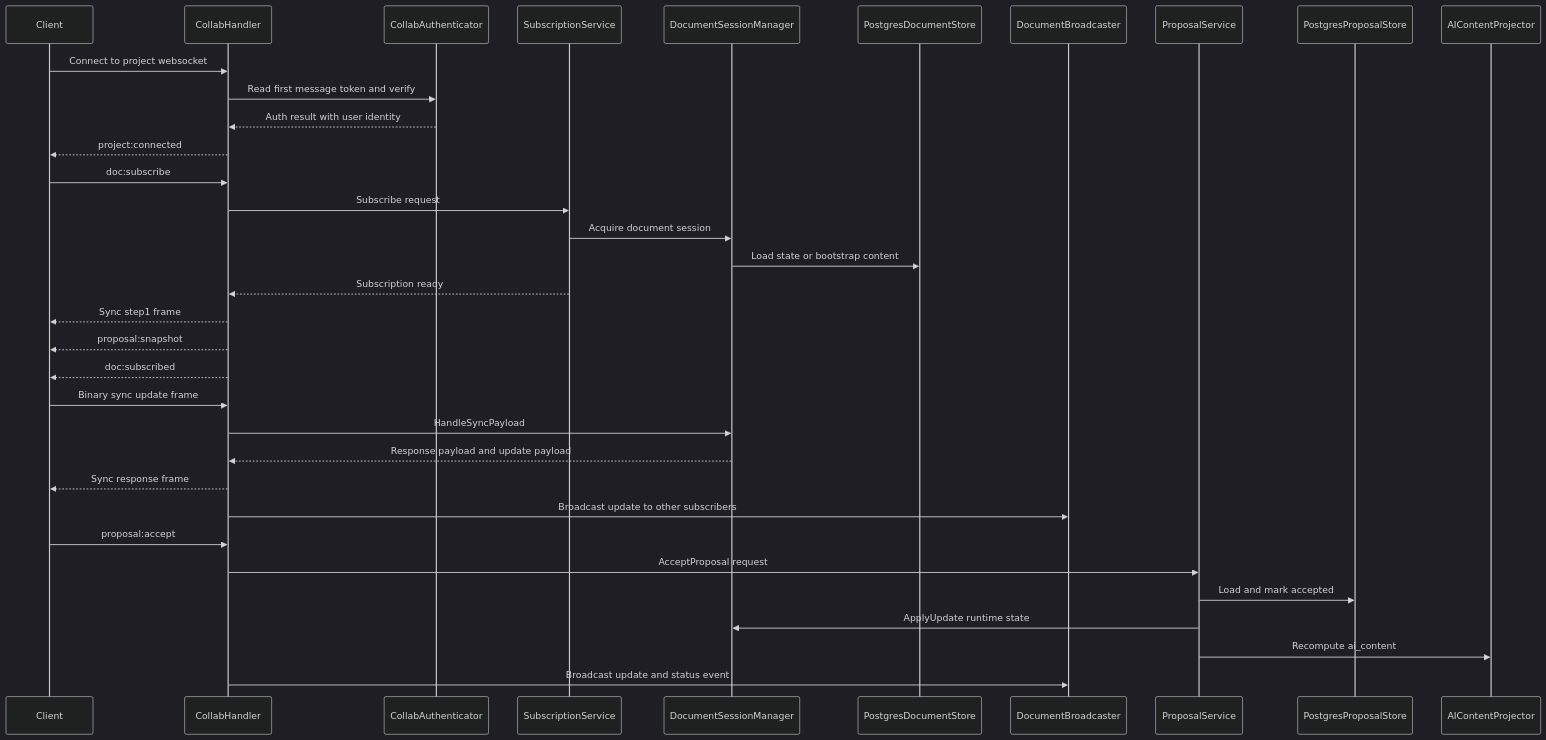
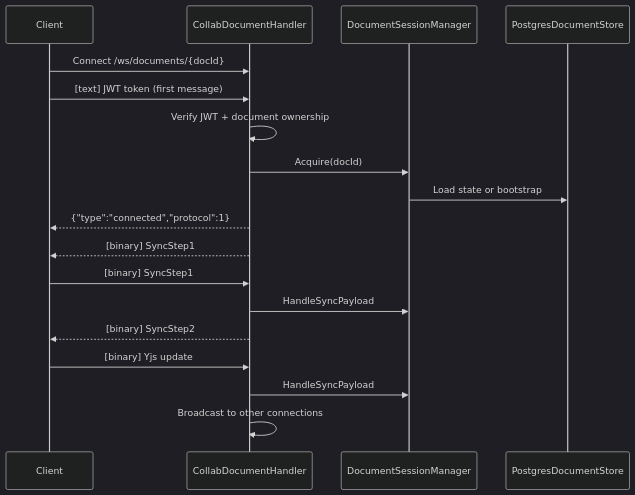
Before and after one commit to haowjy/meridian-flow: the fifth of 7 diagrams in _docs/technical/backend/README.md, drawn with Mermaid (dark theme). The commit also changed other lines of this file and 25 other files, not shown here.

````diff
--- a/_docs/technical/backend/README.md
+++ b/_docs/technical/backend/README.md
@@ -178,40 +210,23 @@
 ```mermaid
 sequenceDiagram
   participant Client
-  participant Handler as CollabHandler
-  participant Auth as CollabAuthenticator
-  participant Subs as SubscriptionService
+  participant DocHandler as CollabDocumentHandler
   participant Session as DocumentSessionManager
   participant Store as PostgresDocumentStore
-  participant Broadcaster as DocumentBroadcaster
-  participant ProposalSvc as ProposalService
-  participant ProposalStore as PostgresProposalStore
-  participant Projector as AIContentProjector
 
-  Client->>Handler: Connect to project websocket
-  Handler->>Auth: Read first message token and verify
-  Auth-->>Handler: Auth result with user identity
-  Handler-->>Client: project:connected
+  Client->>DocHandler: Connect /ws/documents/{docId}
+  Client->>DocHandler: [text] JWT token (first message)
+  DocHandler->>DocHandler: Verify JWT + document ownership
+  DocHandler->>Session: Acquire(docId)
+  Session->>Store: Load state or bootstrap
+  DocHandler-->>Client: {"type":"connected","protocol":1}
+  DocHandler-->>Client: [binary] SyncStep1
 
-  Client->>Handler: doc:subscribe
-  Handler->>Subs: Subscribe request
-  Subs->>Session: Acquire document session
-  Session->>Store: Load state or bootstrap content
-  Subs-->>Handler: Subscription ready
-  Handler-->>Client: Sync step1 frame
-  Handler-->>Client: proposal:snapshot
-  Handler-->>Client: doc:subscribed
+  Client->>DocHandler: [binary] SyncStep1
+  DocHandler->>Session: HandleSyncPayload
+  DocHandler-->>Client: [binary] SyncStep2
 
-  Client->>Handler: Binary sync update frame
-  Handler->>Session: HandleSyncPayload
-  Session-->>Handler: Response payload and update payload
-  Handler-->>Client: Sync response frame
-  Handler->>Broadcaster: Broadcast update to other subscribers
-
-  Client->>Handler: proposal:accept
-  Handler->>ProposalSvc: AcceptProposal request
-  ProposalSvc->>ProposalStore: Load and mark accepted
-  ProposalSvc->>Session: ApplyUpdate runtime state
-  ProposalSvc->>Projector: Recompute ai_content
-  Handler->>Broadcaster: Broadcast update and status event
+  Client->>DocHandler: [binary] Yjs update
+  DocHandler->>Session: HandleSyncPayload
+  DocHandler->>DocHandler: Broadcast to other connections
 ```
````
